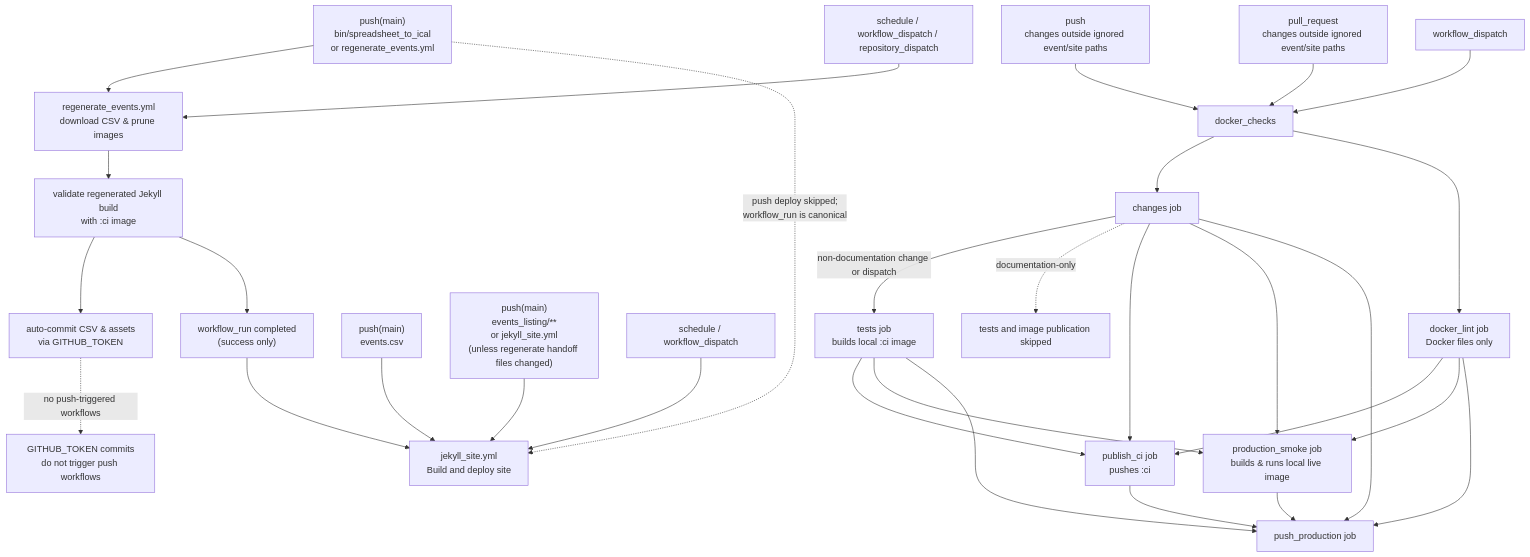
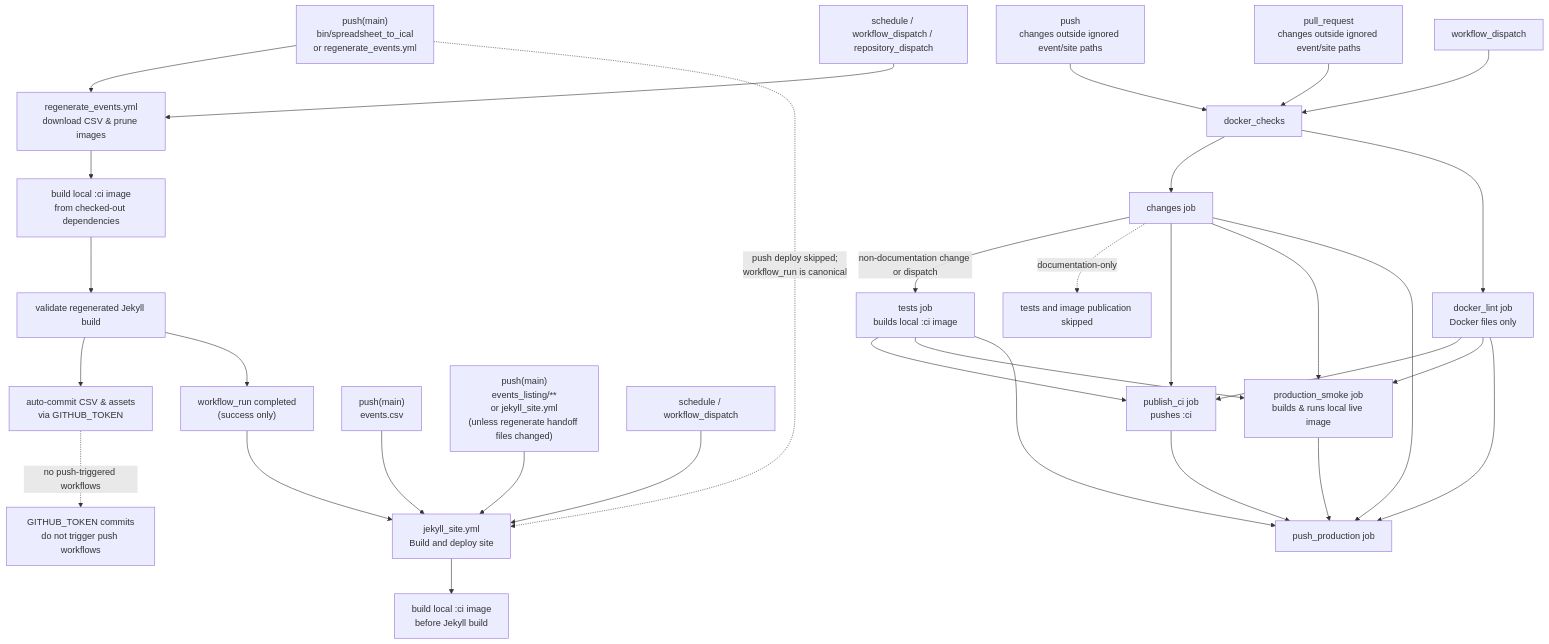
One commit to zewelor/ps_events changed the diagram in .github/workflows/README.md. Above: the diagram before and after it, drawn with Mermaid. The commit also changed other lines of this file and 3 other files, not shown here.

Commit message:
Build Jekyll CI images from checked-out dependencies

````diff
--- a/.github/workflows/README.md
+++ b/.github/workflows/README.md
@@ -9,38 +9,40 @@
 ```mermaid
 flowchart TD
     push_regen["push(main)<br/>bin/spreadsheet_to_ical<br/>or regenerate_events.yml"] --> regenerate["regenerate_events.yml<br/>download CSV & prune images"]
     schedule_regen["schedule / workflow_dispatch / repository_dispatch"] --> regenerate
 
-    regenerate --> regen_validate["validate regenerated Jekyll build<br/>with :ci image"]
+    regenerate --> regen_image["build local :ci image<br/>from checked-out dependencies"]
+    regen_image --> regen_validate["validate regenerated Jekyll build"]
     regen_validate --> regen_commit["auto-commit CSV & assets<br/>via GITHUB_TOKEN"]
     regen_validate --> regen_complete["workflow_run completed<br/>(success only)"]
     regen_complete --> jekyll["jekyll_site.yml<br/>Build and deploy site"]
 
     regen_commit -. no push-triggered workflows .-> token_note["GITHUB_TOKEN commits<br/>do not trigger push workflows"]
     push_regen -. push deploy skipped;<br/>workflow_run is canonical .-> jekyll
 
     push_events["push(main)<br/>events.csv"] --> jekyll
 
     push_site["push(main)<br/>events_listing/**<br/>or jekyll_site.yml<br/>(unless regenerate handoff files changed)"] --> jekyll
     schedule_site["schedule / workflow_dispatch"] --> jekyll
+    jekyll --> site_image["build local :ci image<br/>before Jekyll build"]
 
     push_backend["push<br/>changes outside ignored event/site paths"] --> docker_checks
     pr_backend["pull_request<br/>changes outside ignored event/site paths"] --> docker_checks
     dispatch_backend["workflow_dispatch"] --> docker_checks
 
     docker_checks --> docker_changes["changes job"]
     docker_changes -->|non-documentation change or dispatch| docker_tests["tests job<br/>builds local :ci image"]
     docker_changes -. documentation-only .-> docker_docs["tests and image publication skipped"]
     docker_checks --> docker_lint["docker_lint job<br/>Docker files only"]
     docker_tests --> docker_ci["publish_ci job<br/>pushes :ci"]
     docker_changes --> docker_ci
     docker_lint --> docker_ci
     docker_tests --> docker_smoke["production_smoke job<br/>builds & runs local live image"]
     docker_changes --> docker_smoke
     docker_lint --> docker_smoke
     docker_ci --> docker_production["push_production job"]
     docker_smoke --> docker_production
     docker_changes --> docker_production
     docker_tests --> docker_production
     docker_lint --> docker_production
 ```
````
